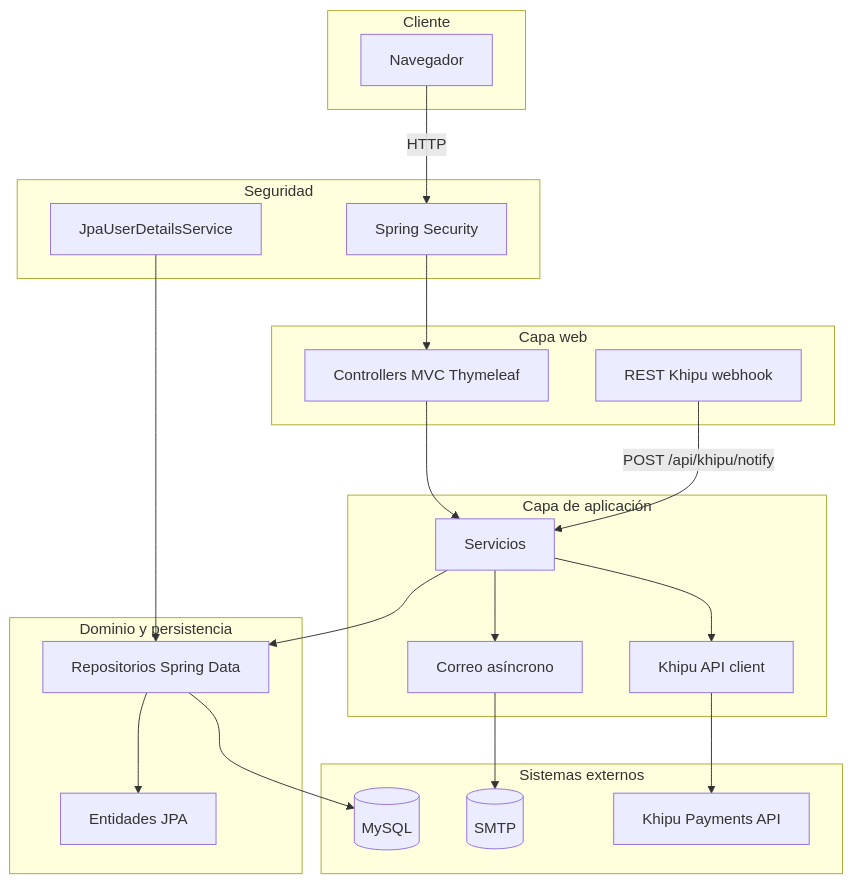
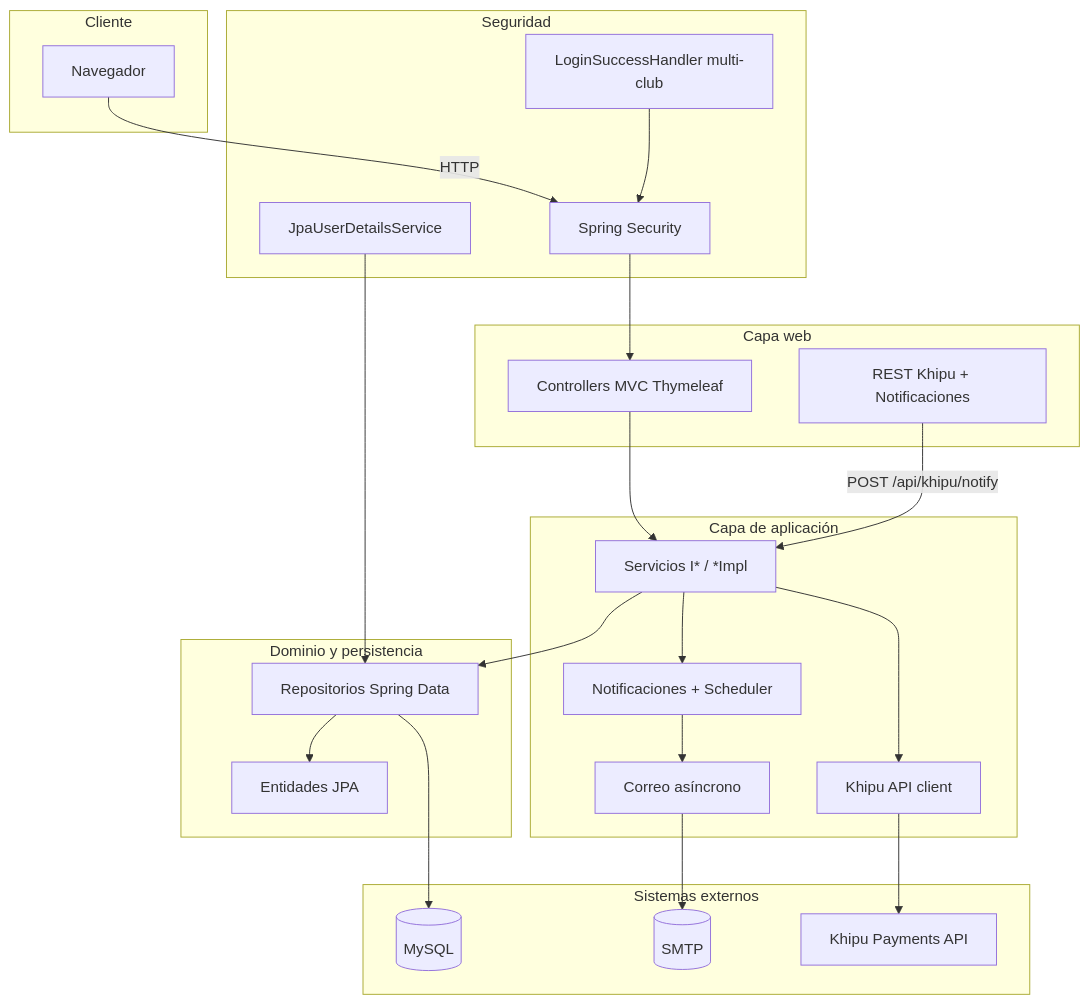
The first of 2 diagrams in README.md (estebanjpc/miClub), drawn with Mermaid before and after one commit. The commit also changed other lines of this file and 8 other files, not shown here.

````diff
--- a/README.md
+++ b/README.md
@@ -24,44 +70,47 @@
 ```mermaid
 flowchart TB
     subgraph client["Cliente"]
         B[Navegador]
     end
 
     subgraph web["Capa web"]
         C[Controllers MVC Thymeleaf]
-        R[REST Khipu webhook]
+        R[REST Khipu + Notificaciones]
     end
 
     subgraph sec["Seguridad"]
         SC[Spring Security]
         UD[JpaUserDetailsService]
+        LSH[LoginSuccessHandler multi-club]
     end
 
     subgraph app["Capa de aplicación"]
-        S[Servicios]
+        S[Servicios I* / *Impl]
+        N[Notificaciones + Scheduler]
         M[Correo asíncrono]
         K[Khipu API client]
     end
 
     subgraph dom["Dominio y persistencia"]
         E[Entidades JPA]
         REP[Repositorios Spring Data]
     end
 
     subgraph ext["Sistemas externos"]
         MY[(MySQL)]
         SMTP[(SMTP)]
         KAPI[Khipu Payments API]
     end
 
     B -->|HTTP| SC
     SC --> C
     C --> S
     R -->|POST /api/khipu/notify| S
     S --> REP
     REP --> E
     REP --> MY
-    S --> M --> SMTP
+    S --> N --> M --> SMTP
     S --> K --> KAPI
     UD --> REP
+    LSH --> SC
 ```
````
